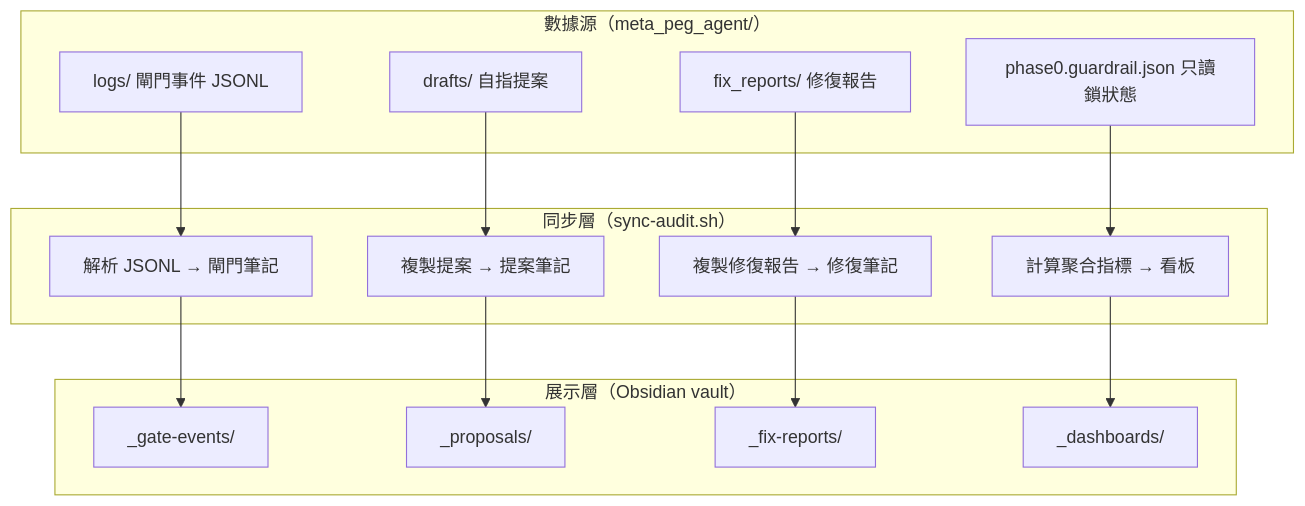
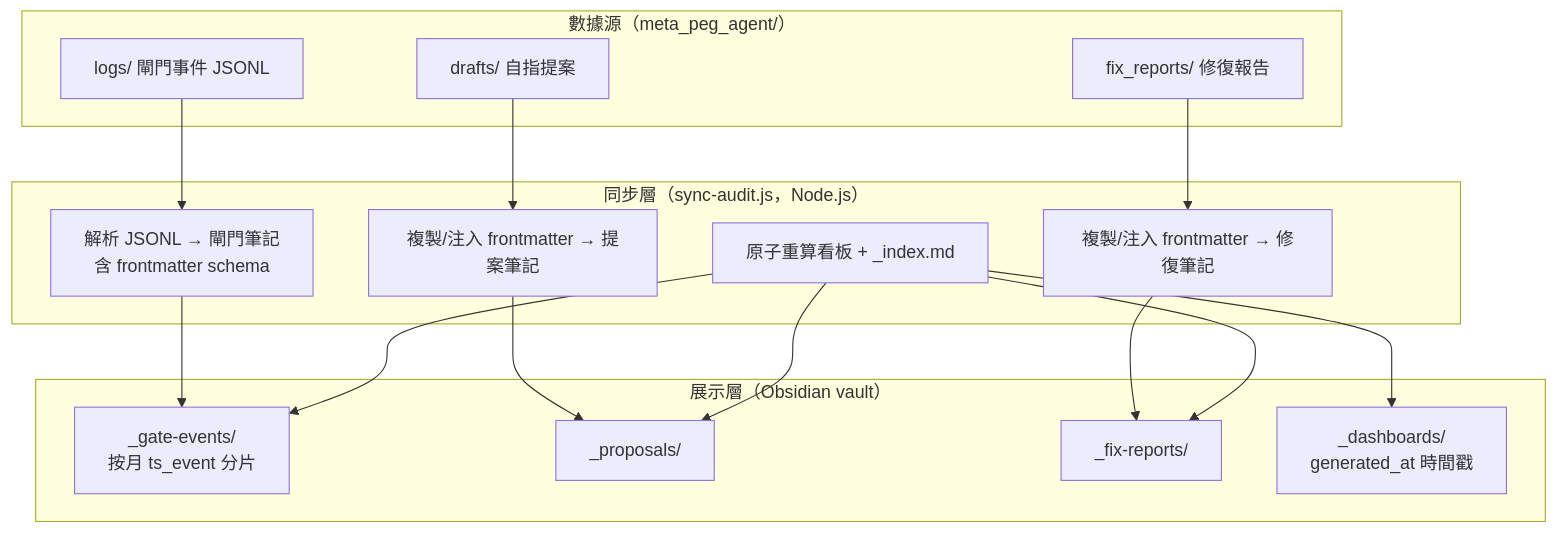
One commit to rt923/agent-vault changed the first of 2 diagrams in 審計追蹤層架構設計.md. Above: the diagram before and after it, drawn with Mermaid. The commit also changed other lines of this file, not shown here.

Commit message:
docs(vault): 審計追蹤層架構設計 v2.0 (TRAE/ArchQ) — 强制数据契约 + ts_event 分片 + 唯读镜像 + 双向ID + 看板原子重算 + Tombstone + 保留期/dry-run

````diff
--- a/審計追蹤層架構設計.md
+++ b/審計追蹤層架構設計.md
@@ -30,32 +34,33 @@
 ```mermaid
 graph TB
     subgraph SOURCE["數據源（meta_peg_agent/）"]
         L[logs/ 閘門事件 JSONL]
         D[drafts/ 自指提案]
         F[fix_reports/ 修復報告]
-        G[phase0.guardrail.json 只讀鎖狀態]
     end
 
-    subgraph SYNC["同步層（sync-audit.sh）"]
-        P1[解析 JSONL → 閘門筆記]
-        P2[複製提案 → 提案筆記]
-        P3[複製修復報告 → 修復筆記]
-        P4[計算聚合指標 → 看板]
+    subgraph SYNC["同步層（sync-audit.js，Node.js）"]
+        P1[解析 JSONL → 閘門筆記<br/>含 frontmatter schema]
+        P2[複製/注入 frontmatter → 提案筆記]
+        P3[複製/注入 frontmatter → 修復筆記]
+        P4[原子重算看板 + _index.md]
     end
 
     subgraph VAULT["展示層（Obsidian vault）"]
-        GE[_gate-events/]
+        GE[_gate-events/<br/>按月 ts_event 分片]
         PR[_proposals/]
         FX[_fix-reports/]
-        DB[_dashboards/]
+        DB[_dashboards/<br/>generated_at 時間戳]
     end
 
     L --> P1
     D --> P2
     F --> P3
-    G --> P4
     P1 --> GE
     P2 --> PR
     P3 --> FX
+    P4 --> GE
+    P4 --> PR
+    P4 --> FX
     P4 --> DB
 ```
````
